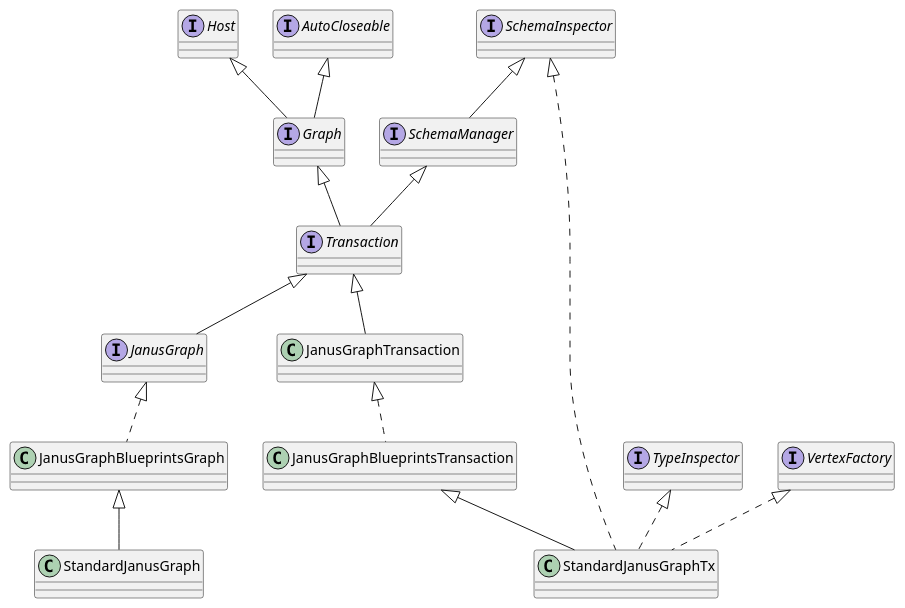
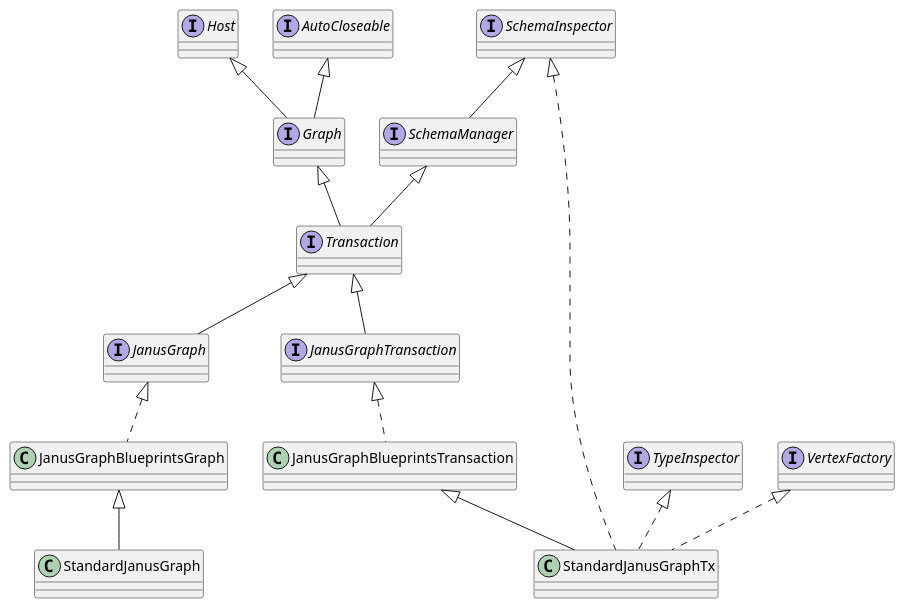
Before and after one commit to jsycdut/tutorials: the second of 5 diagrams in gdb/JanusGraph-HugeGraph图计算调研.md, drawn with PlantUML. The commit also changed other lines of this file, not shown here.

```diff
--- a/gdb/JanusGraph-HugeGraph图计算调研.md
+++ b/gdb/JanusGraph-HugeGraph图计算调研.md
@@ -124,26 +124,27 @@
 @startuml
 interface Host
 interface AutoCloseable
 interface Graph
 interface SchemaInspector
 interface SchemaManager
 interface Transaction
+interface JanusGraphTransaction
 interface JanusGraph
 interface TypeInspector
 interface VertexFactory
 
 Host <|-- Graph
 AutoCloseable <|-- Graph
 SchemaInspector <|-- SchemaManager
 Graph <|-- Transaction
 SchemaManager <|-- Transaction
 Transaction <|-- JanusGraph
 JanusGraph <|.. JanusGraphBlueprintsGraph
 JanusGraphBlueprintsGraph <|-- StandardJanusGraph
 Transaction <|--JanusGraphTransaction
 JanusGraphTransaction <|.. JanusGraphBlueprintsTransaction
 JanusGraphBlueprintsTransaction <|--StandardJanusGraphTx
 SchemaInspector <|.. StandardJanusGraphTx
 TypeInspector <|.. StandardJanusGraphTx
 VertexFactory <|.. StandardJanusGraphTx
 @enduml
```
